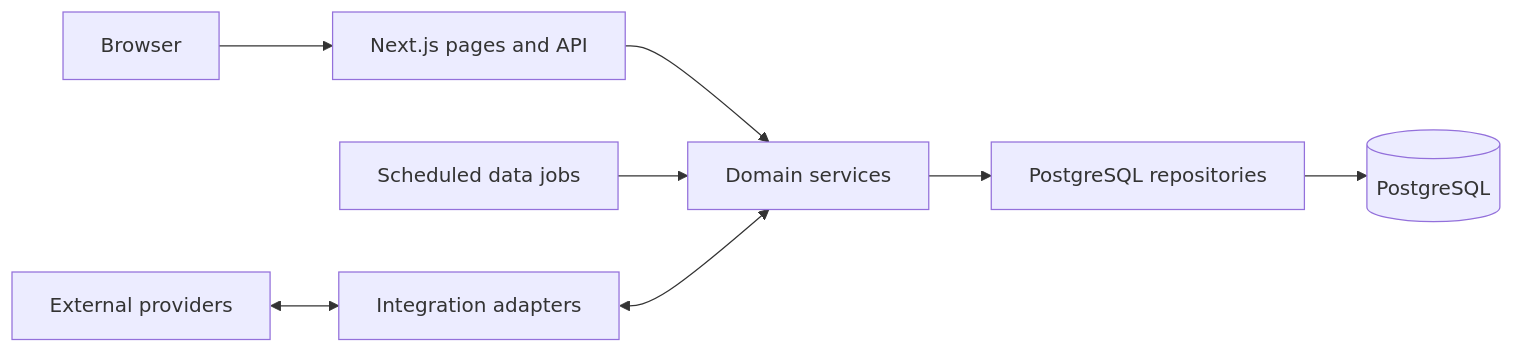
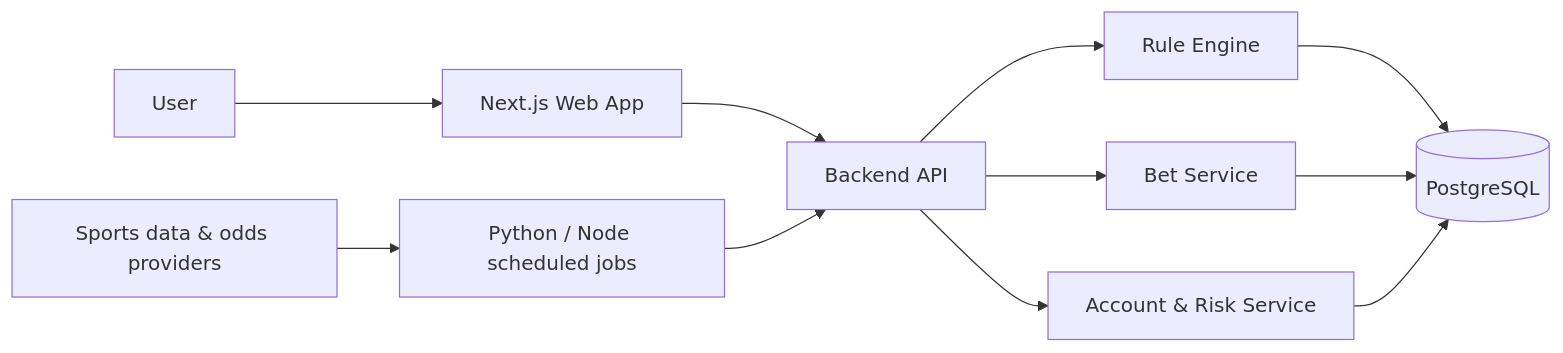
The diagram in README.md (Aaronn765/Propbet-Public-version), drawn with Mermaid before and after one commit. The commit also changed other lines of this file, not shown here.

Commit message:
docs: present PropBet as a sports betting prop firm

```diff
--- a/README.md
+++ b/README.md
@@ -28,10 +49,15 @@
 ~~~mermaid
 flowchart LR
-  C[Browser] --> W[Next.js pages and API]
-  W --> D[Domain services]
-  D --> R[PostgreSQL repositories]
-  R --> P[(PostgreSQL)]
-  J[Scheduled data jobs] --> D
-  X[External providers] <--> A[Integration adapters]
-  A <--> D
+  U[User] --> W[Next.js Web App]
+  W --> API[Backend API]
+  API --> R[Rule Engine]
+  API --> B[Bet Service]
+  API --> A[Account & Risk Service]
+
+  R --> DB[(PostgreSQL)]
+  B --> DB
+  A --> DB
+
+  J[Python / Node scheduled jobs] --> API
+  D[Sports data & odds providers] --> J
 ~~~
```
